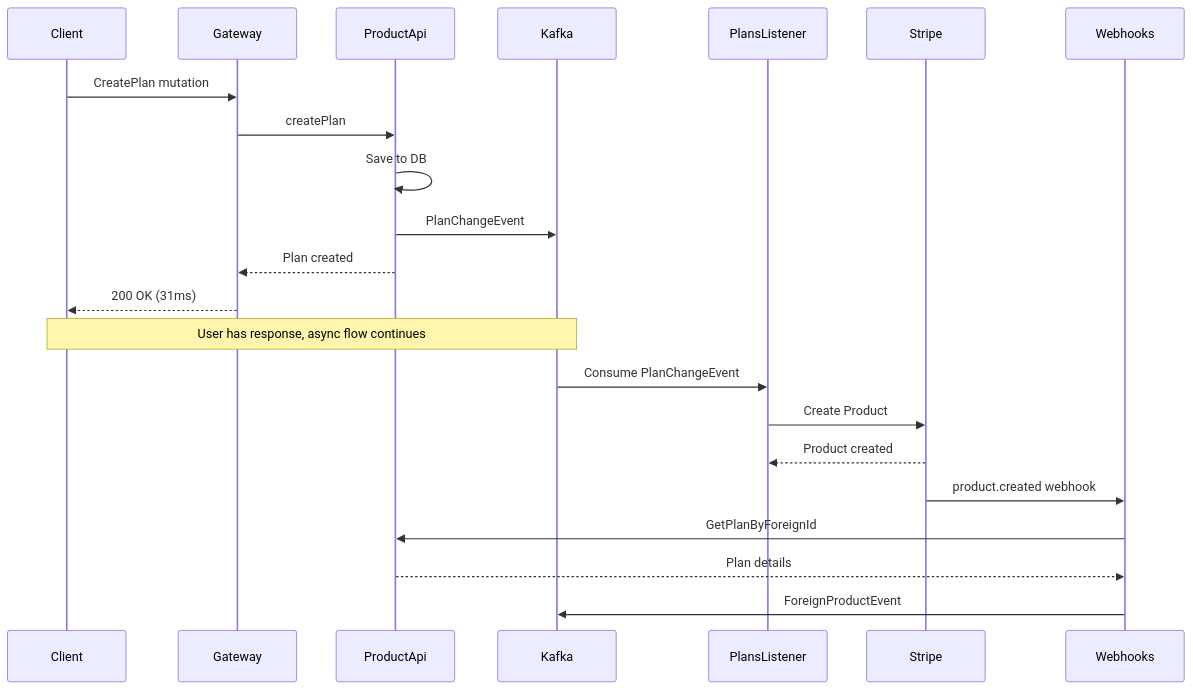
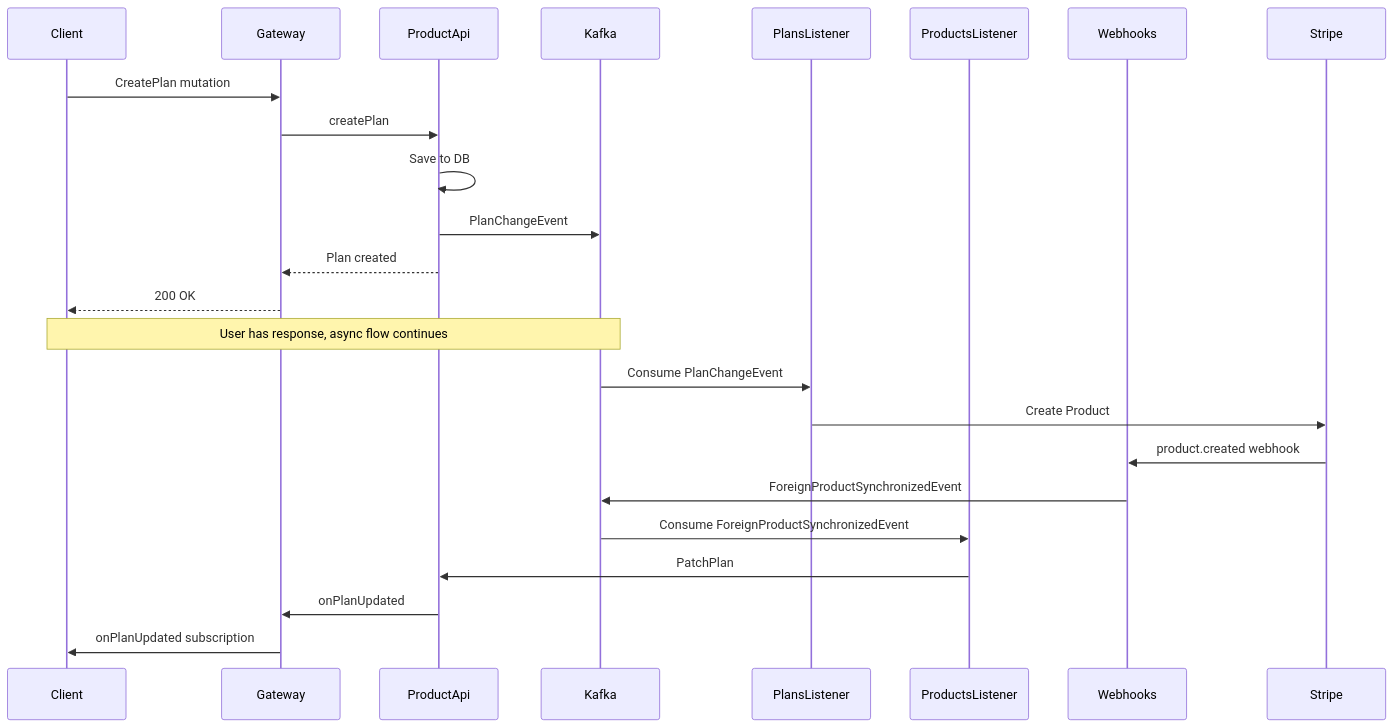
Before and after one commit to getnudges/monov4: the diagram in README.md, drawn with Mermaid.

Commit message:
more readme updates

````diff
--- a/README.md
+++ b/README.md
@@ -116,27 +116,29 @@
 ```mermaid
 sequenceDiagram
     participant Client
     participant Gateway
     participant ProductApi
     participant Kafka
     participant PlansListener
+    participant ProductsListener
+    participant Webhooks
     participant Stripe
-    participant Webhooks
     
     Client->>Gateway: CreatePlan mutation
     Gateway->>ProductApi: createPlan
     ProductApi->>ProductApi: Save to DB
     ProductApi->>Kafka: PlanChangeEvent
     ProductApi-->>Gateway: Plan created
-    Gateway-->>Client: 200 OK (31ms)
+    Gateway-->>Client: 200 OK
     
     Note over Client,Kafka: User has response, async flow continues
     
     Kafka->>PlansListener: Consume PlanChangeEvent
     PlansListener->>Stripe: Create Product
-    Stripe-->>PlansListener: Product created
     Stripe->>Webhooks: product.created webhook
-    Webhooks->>ProductApi: GetPlanByForeignId
-    ProductApi-->>Webhooks: Plan details
-    Webhooks->>Kafka: ForeignProductEvent
+    Webhooks->>Kafka: ForeignProductSynchronizedEvent
+    Kafka->>ProductsListener: Consume ForeignProductSynchronizedEvent
+    ProductsListener->>ProductApi: PatchPlan
+    ProductApi->>Gateway: onPlanUpdated
+    Gateway->>Client: onPlanUpdated subscription
 ```
````
